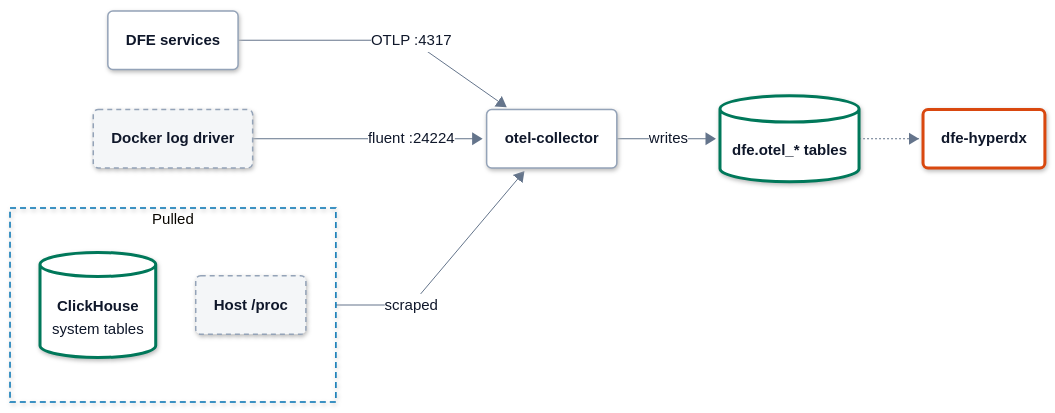
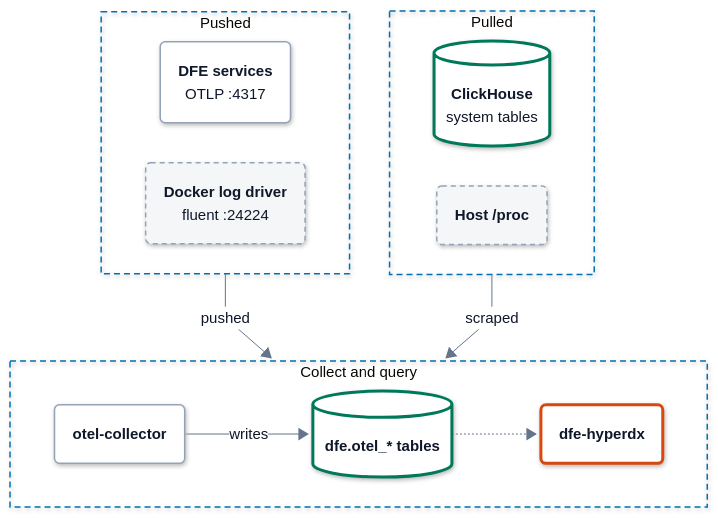
The diagram in docs/observability.md (hyperi-io/dfe-docker), drawn with Mermaid before and after one commit. The commit also changed 7 other files, not shown here.

First line of the commit message:
docs(architecture): align architecture.md with the page standard (#421)

````diff
--- a/docs/observability.md
+++ b/docs/observability.md
@@ -115,26 +115,29 @@
     .ui .label-icon{color:#D9480F}
     .ext .label-icon{color:#64748B}
 ---
-flowchart LR
+flowchart TB
     accTitle: L4 Detail -- Self-telemetry
     accDescr: DFE services push metrics and traces over OTLP to the otel-collector. Docker's log driver forwards the stdout of the DFE containers to it while container log shipping is on. The collector pulls ClickHouse's system tables and the host's CPUs itself. It writes logs, metrics and traces to the dfe.otel_ tables, which dfe-hyperdx queries.
-
-    apps("<b>DFE services</b>")
-    driver("<b>Docker log driver</b>")
+    subgraph pushed["Pushed"]
+        direction LR
+        apps("<b>DFE services</b><br/><span>OTLP :4317</span>")
+        driver("<b>Docker log driver</b><br/><span>fluent :24224</span>")
+    end
     subgraph pulled["Pulled"]
+        direction LR
         chsys[("<b>ClickHouse</b><br/><span>system tables</span>")]
         host("<b>Host /proc</b>")
     end
-    col("<b>otel-collector</b>")
-    otel[("<b>dfe.otel_* tables</b>")]
-    hdx("<b>dfe-hyperdx</b>")
-
-    apps -->|OTLP :4317| col
-    driver -->|fluent :24224| col
-    pulled -->|scraped| col
-    col -->|writes| otel
-    otel -.-> hdx
-
+    subgraph collect["Collect and query"]
+        direction LR
+        col("<b>otel-collector</b>")
+        otel[("<b>dfe.otel_* tables</b>")]
+        hdx("<b>dfe-hyperdx</b>")
+        col -->|writes| otel
+        otel -.-> hdx
+    end
+    pushed -->|pushed| collect
+    pulled -->|scraped| collect
     class apps,col part
     class driver,host ext
     class chsys,otel store
@@ -150,5 +153,7 @@
   classDef error fill:#FFFFFF,stroke:#C2410C,stroke-width:3px,color:#0F172A
   classDef control fill:#FFFFFF,stroke:#334155,stroke-width:3px,color:#0F172A
   classDef part fill:#FFFFFF,stroke:#94A3B8,stroke-width:1.5px,color:#0F172A
+  style pushed fill:none,stroke:#0072B2,stroke-width:1.5px,stroke-dasharray:6 4
   style pulled fill:none,stroke:#0072B2,stroke-width:1.5px,stroke-dasharray:6 4
+  style collect fill:none,stroke:#0072B2,stroke-width:1.5px,stroke-dasharray:6 4
 ```
````
